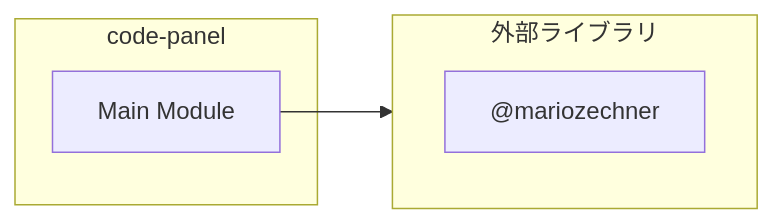
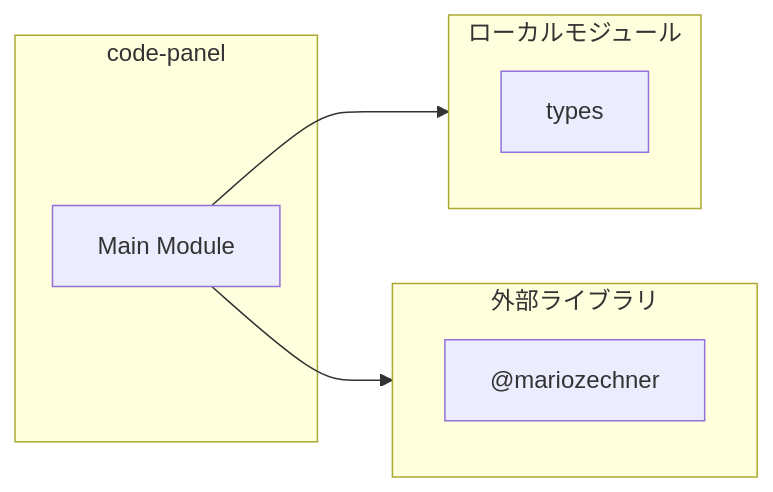
One commit to Mekann2904/mekann changed the diagram in ABDD/.pi/extensions/code-panel.md. Above: the diagram before and after it, drawn with Mermaid. The commit also changed other lines of this file and 189 other files, not shown here.

````diff
--- a/ABDD/.pi/extensions/code-panel.md
+++ b/ABDD/.pi/extensions/code-panel.md
@@ -34,12 +35,16 @@
 ```mermaid
 flowchart LR
   subgraph this[code-panel]
     main[Main Module]
   end
+  subgraph local[ローカルモジュール]
+    types["types"]
+  end
+  main --> local
   subgraph external[外部ライブラリ]
     _mariozechner["@mariozechner"]
     _mariozechner["@mariozechner"]
     _mariozechner["@mariozechner"]
   end
   main --> external
 ```
````
